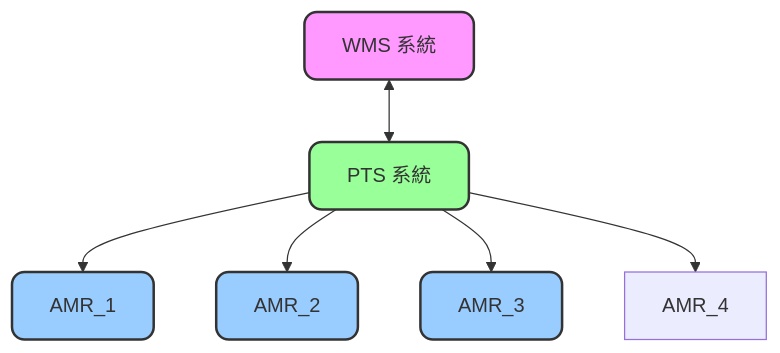
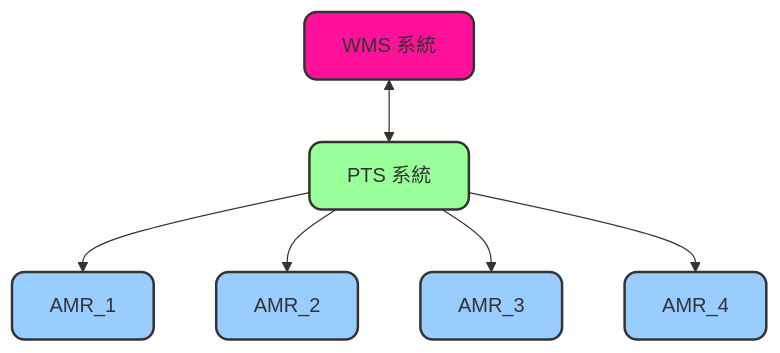
Before and after one commit to athena-tircgo/amr-wms-lsj: the first of 5 diagrams in README.md, drawn with Mermaid.

````diff
--- a/README.md
+++ b/README.md
@@ -22,24 +22,25 @@
 ```mermaid
 flowchart TD
     %% 節點設定
-    style WMS fill:#f9f,stroke:#333,stroke-width:2px,rx:10,ry:10
+    style WMS fill:#f19,stroke:#333,stroke-width:2px,rx:10,ry:10
     style PTS fill:#9f9,stroke:#333,stroke-width:2px,rx:10,ry:10
     style AMR1 fill:#9cf,stroke:#333,stroke-width:2px,rx:10,ry:10
     style AMR2 fill:#9cf,stroke:#333,stroke-width:2px,rx:10,ry:10
     style AMR3 fill:#9cf,stroke:#333,stroke-width:2px,rx:10,ry:10
+    style AMR4 fill:#9cf,stroke:#333,stroke-width:2px,rx:10,ry:10
 
     %% 節點文字
     WMS["WMS 系統"]
     PTS["PTS 系統"]
     AMR1["AMR_1"]
     AMR2["AMR_2"]
     AMR3["AMR_3"]
     AMR4["AMR_4"]
 
     %% 連線
     WMS <-->PTS
     PTS -->AMR1
     PTS -->AMR2
     PTS -->AMR3
     PTS -->AMR4
 ```
````
